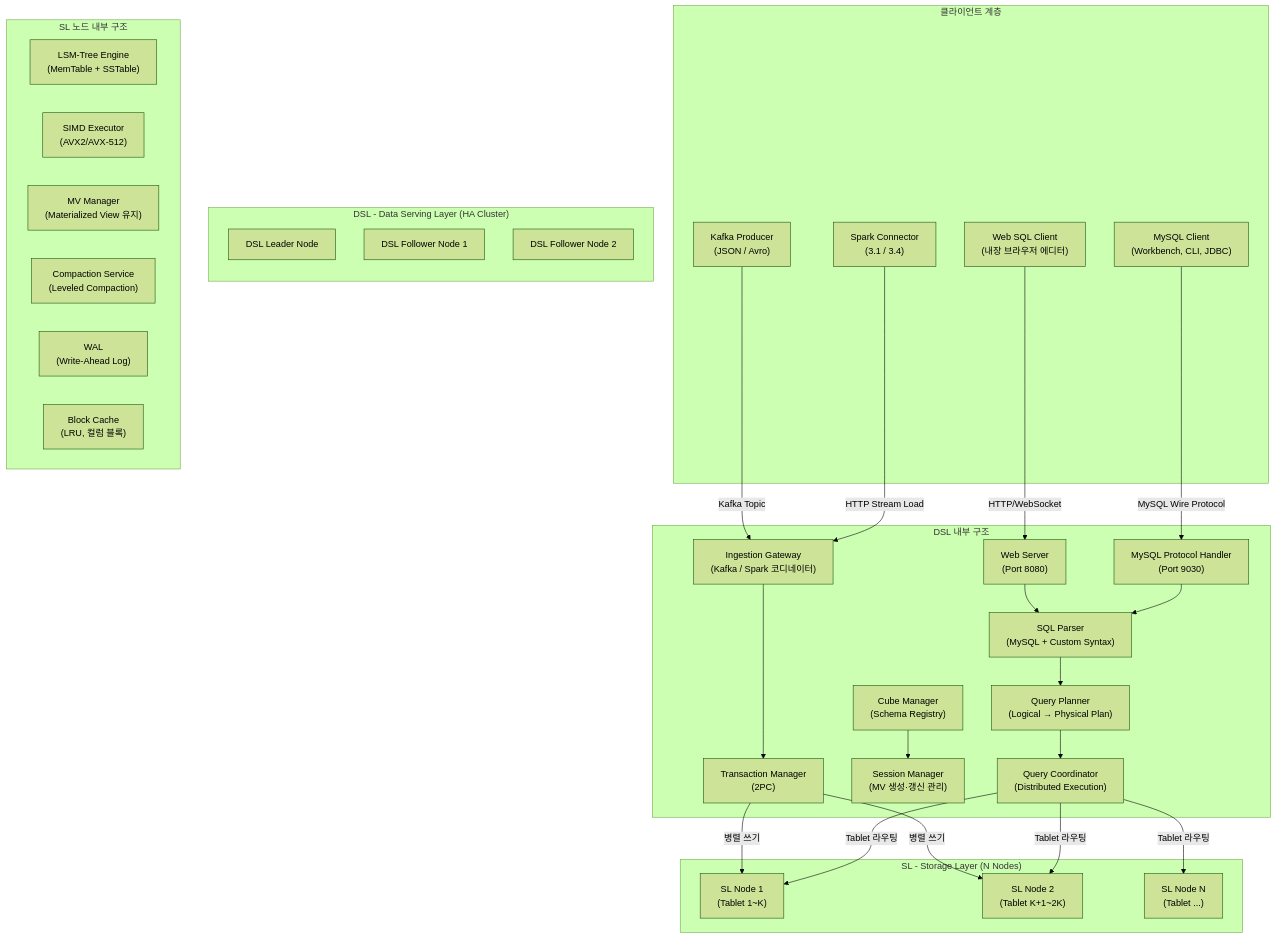
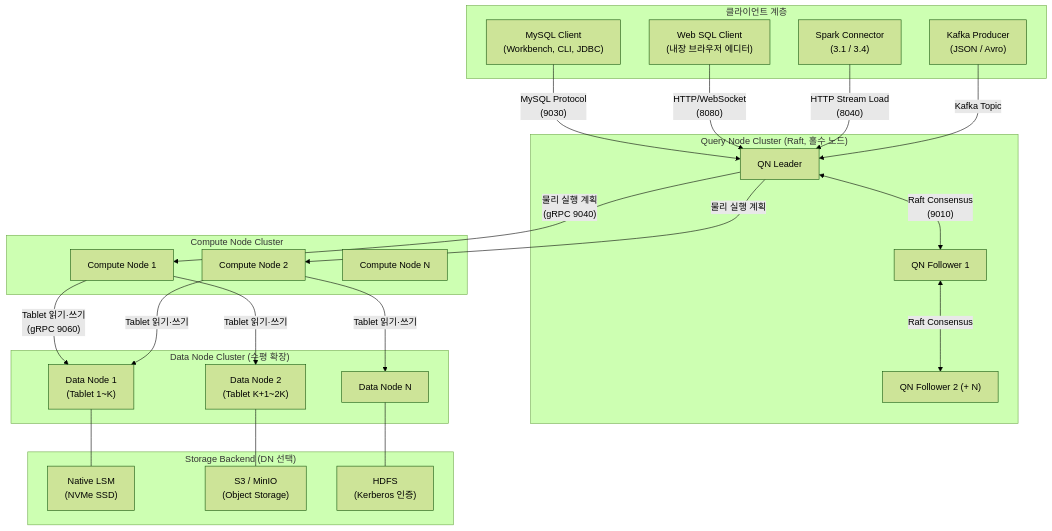
The first of 7 diagrams in specification/srs.md (moweonlee/wow-db), drawn with Mermaid (forest theme) before and after one commit. The commit also changed other lines of this file and 30 other files, not shown here.

````diff
--- a/specification/srs.md
+++ b/specification/srs.md
@@ -116,59 +129,52 @@
 ```mermaid
 graph TB
     subgraph CLIENTS["클라이언트 계층"]
         MC["MySQL Client\n(Workbench, CLI, JDBC)"]
         WC["Web SQL Client\n(내장 브라우저 에디터)"]
         SK["Spark Connector\n(3.1 / 3.4)"]
         KF["Kafka Producer\n(JSON / Avro)"]
     end
 
-    subgraph DSL_CLUSTER["DSL - Data Serving Layer (HA Cluster)"]
-        direction TB
-        DSL_L["DSL Leader Node"]
-        DSL_F1["DSL Follower Node 1"]
-        DSL_F2["DSL Follower Node 2"]
+    subgraph QN_CLUSTER["Query Node Cluster (Raft, 홀수 노드)"]
+        QN1["QN Leader"]
+        QN2["QN Follower 1"]
+        QN3["QN Follower 2 (+ N)"]
     end
 
-    subgraph DSL_INTERNALS["DSL 내부 구조"]
-        MP["MySQL Protocol Handler\n(Port 9030)"]
-        WS["Web Server\n(Port 8080)"]
-        QP["SQL Parser\n(MySQL + Custom Syntax)"]
-        QPL["Query Planner\n(Logical → Physical Plan)"]
-        QC["Query Coordinator\n(Distributed Execution)"]
-        CM["Cube Manager\n(Schema Registry)"]
-        SM["Session Manager\n(MV 생성·갱신 관리)"]
-        IG["Ingestion Gateway\n(Kafka / Spark 코디네이터)"]
-        TX["Transaction Manager\n(2PC)"]
+    subgraph CN_CLUSTER["Compute Node Cluster"]
+        CN1["Compute Node 1"]
+        CN2["Compute Node 2"]
+        CNN["Compute Node N"]
     end
 
-    subgraph SL_CLUSTER["SL - Storage Layer (N Nodes)"]
-        SL1["SL Node 1\n(Tablet 1~K)"]
-        SL2["SL Node 2\n(Tablet K+1~2K)"]
-        SLN["SL Node N\n(Tablet ...)"]
+    subgraph DN_CLUSTER["Data Node Cluster (수평 확장)"]
+        DN1["Data Node 1\n(Tablet 1~K)"]
+        DN2["Data Node 2\n(Tablet K+1~2K)"]
+        DNN["Data Node N"]
     end
 
-    subgraph SL_INTERNALS["SL 노드 내부 구조"]
-        LSM["LSM-Tree Engine\n(MemTable + SSTable)"]
-        SIMD_EXEC["SIMD Executor\n(AVX2/AVX-512)"]
-        MV_MGR["MV Manager\n(Materialized View 유지)"]
-        COMPACT["Compaction Service\n(Leveled Compaction)"]
-        WAL["WAL\n(Write-Ahead Log)"]
-        CACHE["Block Cache\n(LRU, 컬럼 블록)"]
+    subgraph STORAGE["Storage Backend (DN 선택)"]
+        LOCAL["Native LSM\n(NVMe SSD)"]
+        S3["S3 / MinIO\n(Object Storage)"]
+        HDFS["HDFS\n(Kerberos 인증)"]
     end
 
-    MC -->|"MySQL Wire Protocol"| MP
-    WC -->|"HTTP/WebSocket"| WS
-    SK -->|"HTTP Stream Load"| IG
-    KF -->|"Kafka Topic"| IG
+    MC -->|"MySQL Protocol\n(9030)"| QN1
+    WC -->|"HTTP/WebSocket\n(8080)"| QN1
+    SK -->|"HTTP Stream Load\n(8040)"| QN1
+    KF -->|"Kafka Topic"| QN1
 
-    MP --> QP
-    WS --> QP
-    QP --> QPL --> QC
-    QC -->|"Tablet 라우팅"| SL1
-    QC -->|"Tablet 라우팅"| SL2
-    QC -->|"Tablet 라우팅"| SLN
-    CM --> SM
-    IG --> TX
-    TX -->|"병렬 쓰기"| SL1
-    TX -->|"병렬 쓰기"| SL2
+    QN1 -->|"물리 실행 계획\n(gRPC 9040)"| CN1
+    QN1 -->|"물리 실행 계획"| CN2
+    CN1 -->|"Tablet 읽기·쓰기\n(gRPC 9060)"| DN1
+    CN1 -->|"Tablet 읽기·쓰기"| DN2
+    CN2 -->|"Tablet 읽기·쓰기"| DN1
+    CN2 -->|"Tablet 읽기·쓰기"| DNN
+
+    DN1 --- LOCAL
+    DN2 --- S3
+    DNN --- HDFS
+
+    QN1 <-->|"Raft Consensus\n(9010)"| QN2
+    QN2 <-->|"Raft Consensus"| QN3
 ```
````
